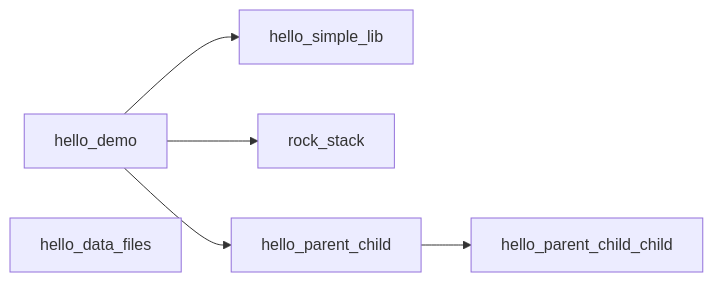
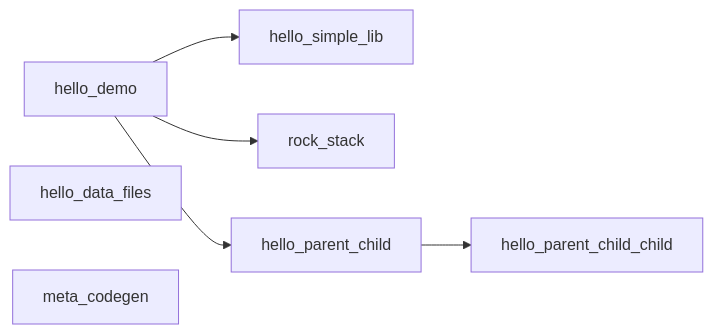
Before and after one commit to shelltdf/up: the diagram in test_projects/README.md, drawn with Mermaid. The commit also changed other lines of this file and 15 other files, not shown here.

````diff
--- a/test_projects/README.md
+++ b/test_projects/README.md
@@ -19,13 +20,14 @@
 ```mermaid
 flowchart LR
   hello_simple_lib["hello_simple_lib"]
   hello_demo["hello_demo"]
   rock_stack["rock_stack"]
   hello_parent_child["hello_parent_child"]
   hello_parent_child_child["hello_parent_child_child"]
   hello_data_files["hello_data_files"]
+  meta_codegen["meta_codegen"]
   hello_demo --> hello_simple_lib
   hello_demo --> rock_stack
   hello_demo --> hello_parent_child
   hello_parent_child --> hello_parent_child_child
 ```
````
